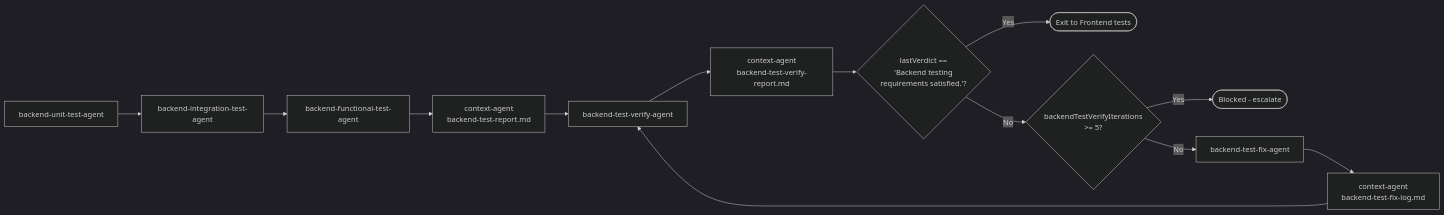
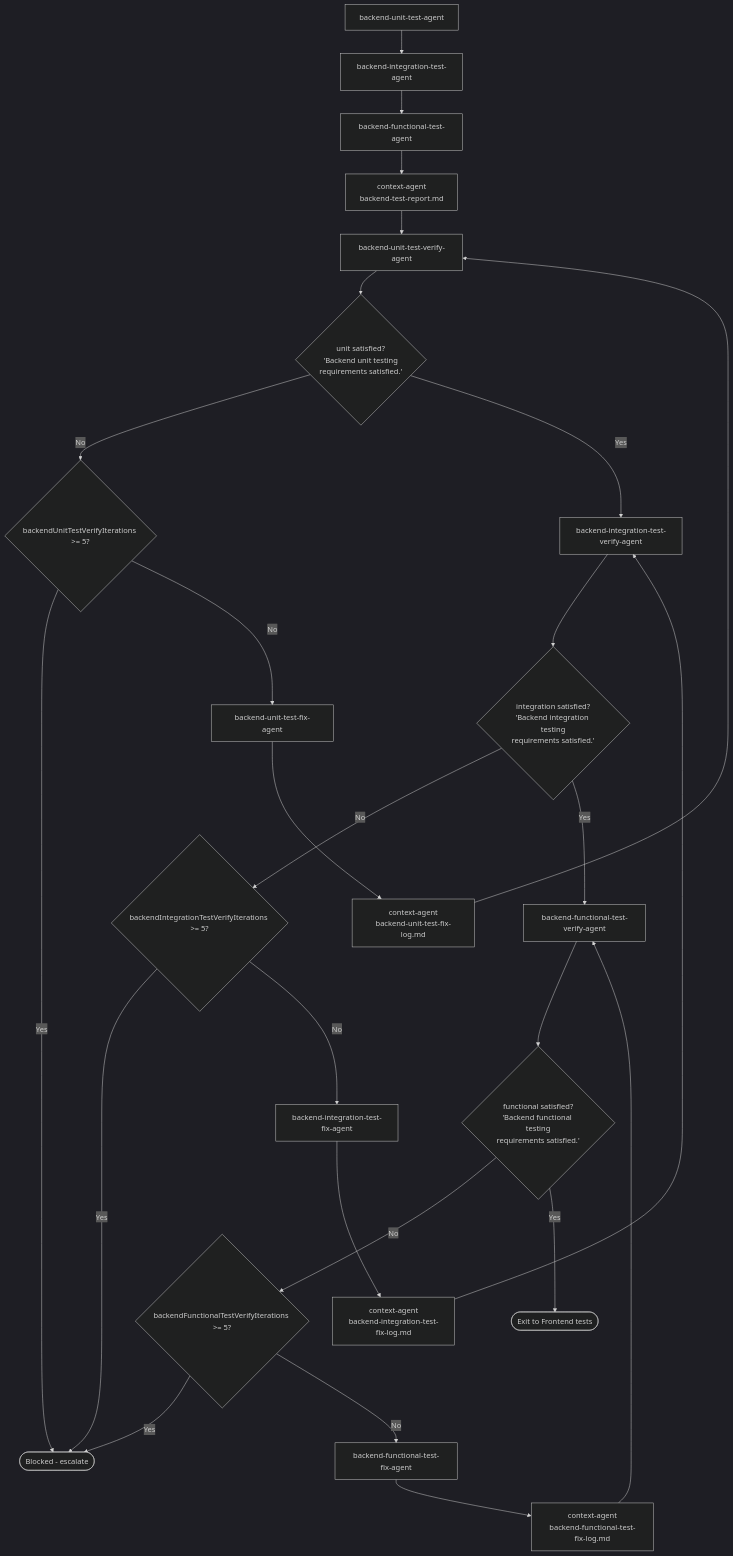
The fifth of 11 diagrams in .cursor/agents/ARCHITECTURE.md (priyam-qo-box/agents), drawn with Mermaid (dark theme) before and after one commit. The commit also changed other lines of this file and 28 other files, not shown here.

First line of the commit message:
Refactor backend test agents and enhance documentation

````diff
--- a/.cursor/agents/ARCHITECTURE.md
+++ b/.cursor/agents/ARCHITECTURE.md
@@ -158,14 +206,24 @@
 ```mermaid
-flowchart LR
+flowchart TB
     G1[backend-unit-test-agent] --> G2[backend-integration-test-agent] --> G3[backend-functional-test-agent]
     G3 --> P["context-agent<br/>backend-test-report.md"]
-    P --> A[backend-test-verify-agent]
-    A --> B["context-agent<br/>backend-test-verify-report.md"]
-    B --> C{"lastVerdict ==<br/>'Backend testing<br/>requirements satisfied.'?"}
-    C -->|Yes| Exit([Exit to Frontend tests])
-    C -->|No| D{backendTestVerifyIterations<br/>>= 5?}
-    D -->|Yes| Stop([Blocked - escalate])
-    D -->|No| E[backend-test-fix-agent]
-    E --> F["context-agent<br/>backend-test-fix-log.md"]
-    F --> A
+
+    P --> UA[backend-unit-test-verify-agent]
+    UA --> UB{"unit satisfied?<br/>'Backend unit testing<br/>requirements satisfied.'"}
+    UB -->|No| UD{backendUnitTestVerifyIterations >= 5?}
+    UD -->|Yes| Stop([Blocked - escalate])
+    UD -->|No| UE[backend-unit-test-fix-agent] --> UF["context-agent<br/>backend-unit-test-fix-log.md"] --> UA
+    UB -->|Yes| IA[backend-integration-test-verify-agent]
+
+    IA --> IB{"integration satisfied?<br/>'Backend integration testing<br/>requirements satisfied.'"}
+    IB -->|No| ID{backendIntegrationTestVerifyIterations >= 5?}
+    ID -->|Yes| Stop
+    ID -->|No| IE[backend-integration-test-fix-agent] --> IF["context-agent<br/>backend-integration-test-fix-log.md"] --> IA
+    IB -->|Yes| FA[backend-functional-test-verify-agent]
+
+    FA --> FB{"functional satisfied?<br/>'Backend functional testing<br/>requirements satisfied.'"}
+    FB -->|No| FD{backendFunctionalTestVerifyIterations >= 5?}
+    FD -->|Yes| Stop
+    FD -->|No| FE[backend-functional-test-fix-agent] --> FF["context-agent<br/>backend-functional-test-fix-log.md"] --> FA
+    FB -->|Yes| Exit([Exit to Frontend tests])
 ```
````
